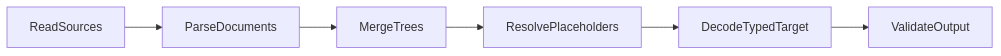
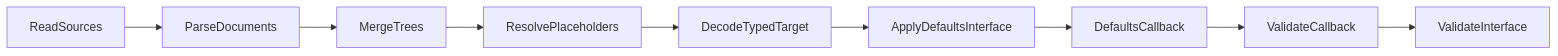
One commit to ArmanAvanesyan/go-config changed the second of 3 diagrams in docs/architecture.md. Above: the diagram before and after it, drawn with Mermaid. The commit also changed other lines of this file and 12 other files, not shown here.

````diff
--- a/docs/architecture.md
+++ b/docs/architecture.md
@@ -199,8 +199,11 @@
 ```mermaid
 flowchart LR
     readStage[ReadSources] --> parseStage[ParseDocuments]
     parseStage --> mergeStage[MergeTrees]
     mergeStage --> resolveStage[ResolvePlaceholders]
     resolveStage --> decodeStage[DecodeTypedTarget]
-    decodeStage --> validateStage[ValidateOutput]
+    decodeStage --> defaultsIfaceStage[ApplyDefaultsInterface]
+    defaultsIfaceStage --> defaultsCbStage[DefaultsCallback]
+    defaultsCbStage --> validateCbStage[ValidateCallback]
+    validateCbStage --> validateStage[ValidateInterface]
 ```
````
